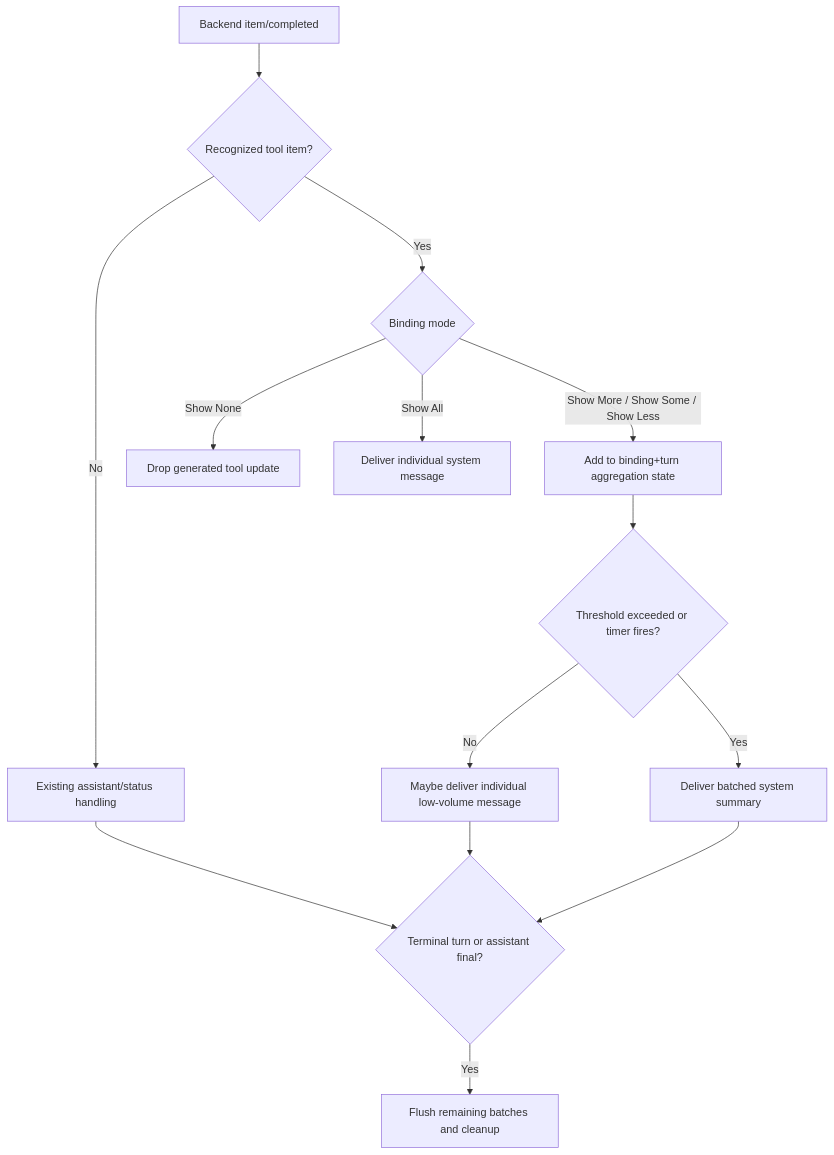
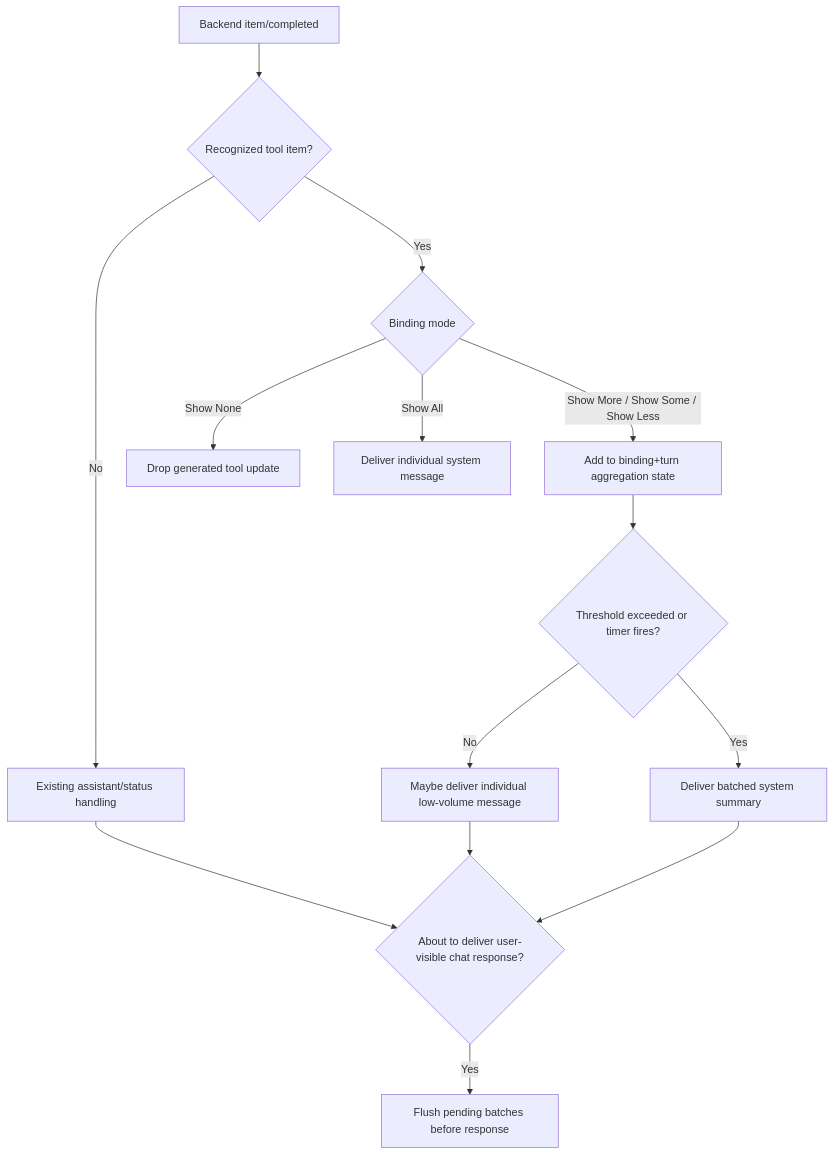
The first of 2 diagrams in docs/plans/2026-05-02-001-feat-messaging-tool-update-verbosity-plan.md (pwrdrvr/PwrAgent), drawn with Mermaid before and after one commit. The commit also changed other lines of this file, not shown here.

Commit message:
docs: clarify tool update flush ordering

````diff
--- a/docs/plans/2026-05-02-001-feat-messaging-tool-update-verbosity-plan.md
+++ b/docs/plans/2026-05-02-001-feat-messaging-tool-update-verbosity-plan.md
@@ -113,16 +113,16 @@
 ```mermaid
 flowchart TB
     E["Backend item/completed"] --> R{"Recognized tool item?"}
     R -->|No| A["Existing assistant/status handling"]
     R -->|Yes| M{"Binding mode"}
     M -->|Show None| D["Drop generated tool update"]
     M -->|Show All| I["Deliver individual system message"]
     M -->|Show More / Show Some / Show Less| B["Add to binding+turn aggregation state"]
     B --> T{"Threshold exceeded or timer fires?"}
     T -->|No| L["Maybe deliver individual low-volume message"]
     T -->|Yes| S["Deliver batched system summary"]
-    A --> F{"Terminal turn or assistant final?"}
+    A --> F{"About to deliver user-visible chat response?"}
     L --> F
     S --> F
-    F -->|Yes| X["Flush remaining batches and cleanup"]
+    F -->|Yes| X["Flush pending batches before response"]
 ```
````
